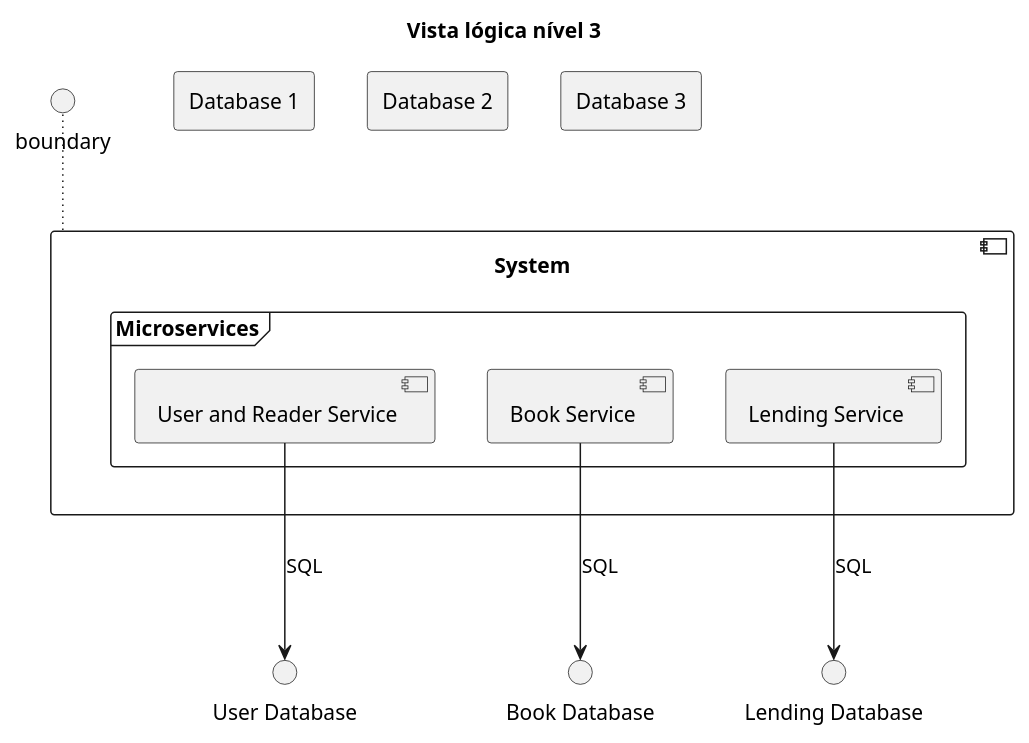
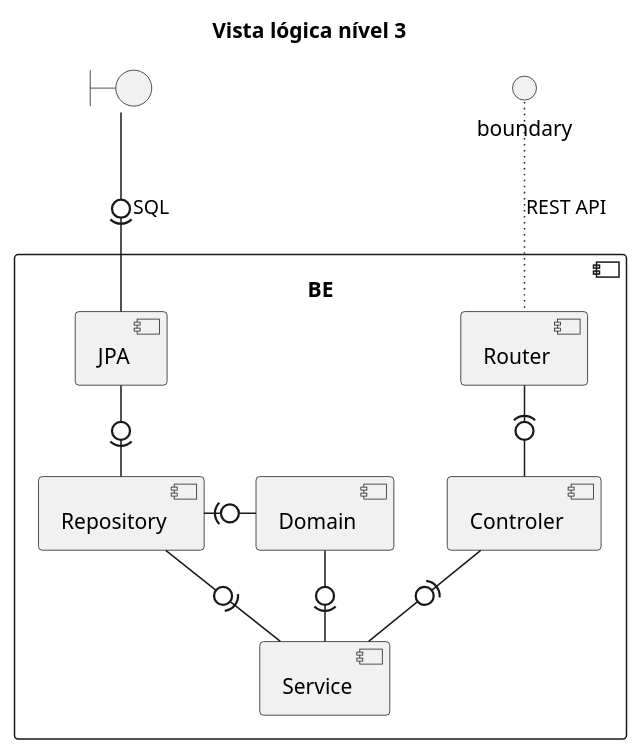
Before and after one commit to Guiigou/SIDIS_2024: the diagram in LibraryAPI/docs/Vista lógica/Nivel3.puml, drawn with PlantUML. The commit also changed 3 other files, not shown here.

```diff
--- a/LibraryAPI/docs/Vista lógica/Nivel3.puml
+++ b/LibraryAPI/docs/Vista lógica/Nivel3.puml
@@ -1,32 +1,30 @@
 @startuml
  'https://plantuml.com/class-diagram
 
  hide circle
  skinparam classAttributeIconSize 0
 
 title Vista lógica nível 3
 
-component System {
- frame "Microservices" {
-           [User and Reader Service]
-           [Book Service]
-           [Lending Service]
-         }
+component "BE" {
+    [Router]
+    [Controler]
+    [Service]
+    [Domain]
+    [Repository]
+    [JPA]
 }
+boundary " "
+[Router] ~up~ boundary :REST API
+[Router] -down(0- [Controler]
+[Controler] -down(0- [Service]
+[Service] -down(0- [Domain]
+[Repository] -left(0- [Domain]
+[Service] -left(0- [Repository]
+[Repository] -up(0- [JPA]
+[JPA] -up(0- " ":SQL
 
-System ~up~ boundary
 
-rectangle "Database 1" {
-}
-
-rectangle "Database 2" {
-}
-
-rectangle "Database 3" {
- }
-[User and Reader Service] --> "User Database":SQL
-[Book Service] --> "Book Database":SQL
-[Lending Service] --> "Lending Database":SQL
 
 
 @enduml
```
